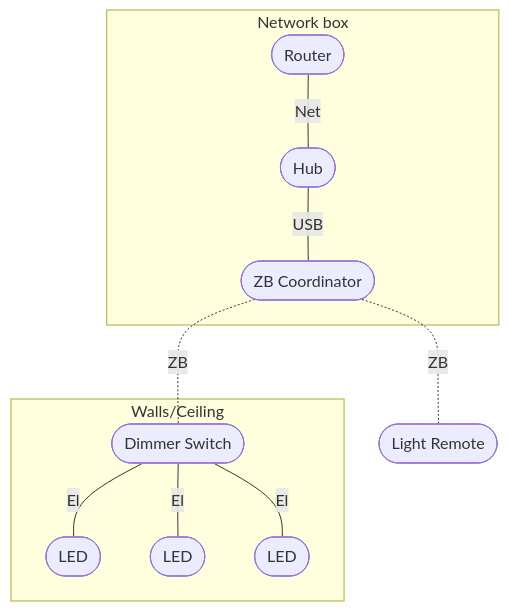
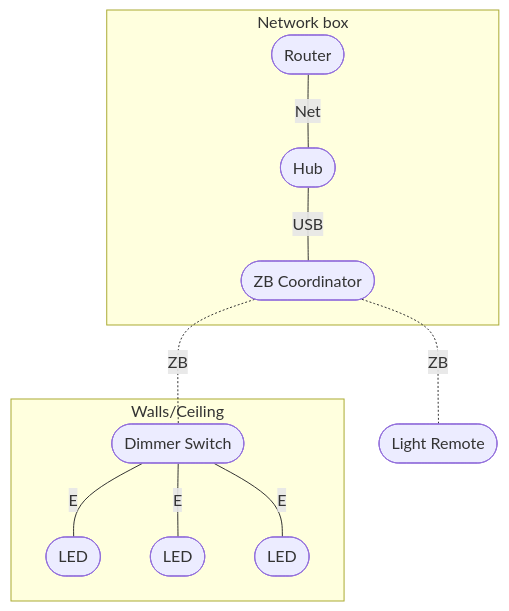
Before and after one commit to freenandes/topo-da-mente: the diagram in content/note/connected-home-switches.md, drawn with Mermaid.

Commit message:
Dec 15, 2023, 3:45 PM

````diff
--- a/content/note/connected-home-switches.md
+++ b/content/note/connected-home-switches.md
@@ -59,15 +59,15 @@
 ```mermaid
 flowchart TB
 subgraph nwb[Network box]
     iro([Router]) --Net---
     hub([Hub]) --USB---
     coo([ZB Coordinator])
 end
 coo -.ZB.- rem([Light Remote])
 subgraph con[Walls/Ceiling]
-    dsw([Dimmer Switch]) --El--- ll1([LED])
-    dsw --El--- ll2([LED])
-    dsw --El--- ll3([LED])
+    dsw([Dimmer Switch]) --E--- ll1([LED])
+    dsw --E--- ll2([LED])
+    dsw --E--- ll3([LED])
 end 
 coo -.ZB.- dsw
 ```
````
